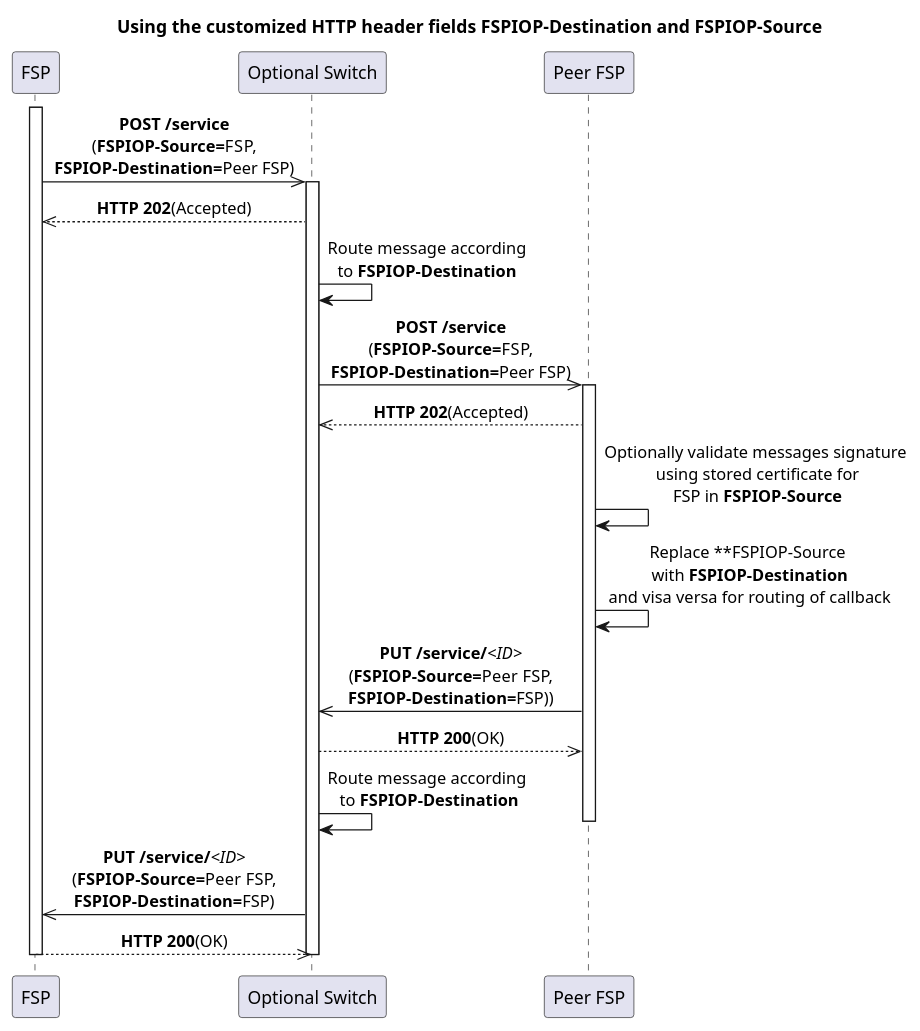
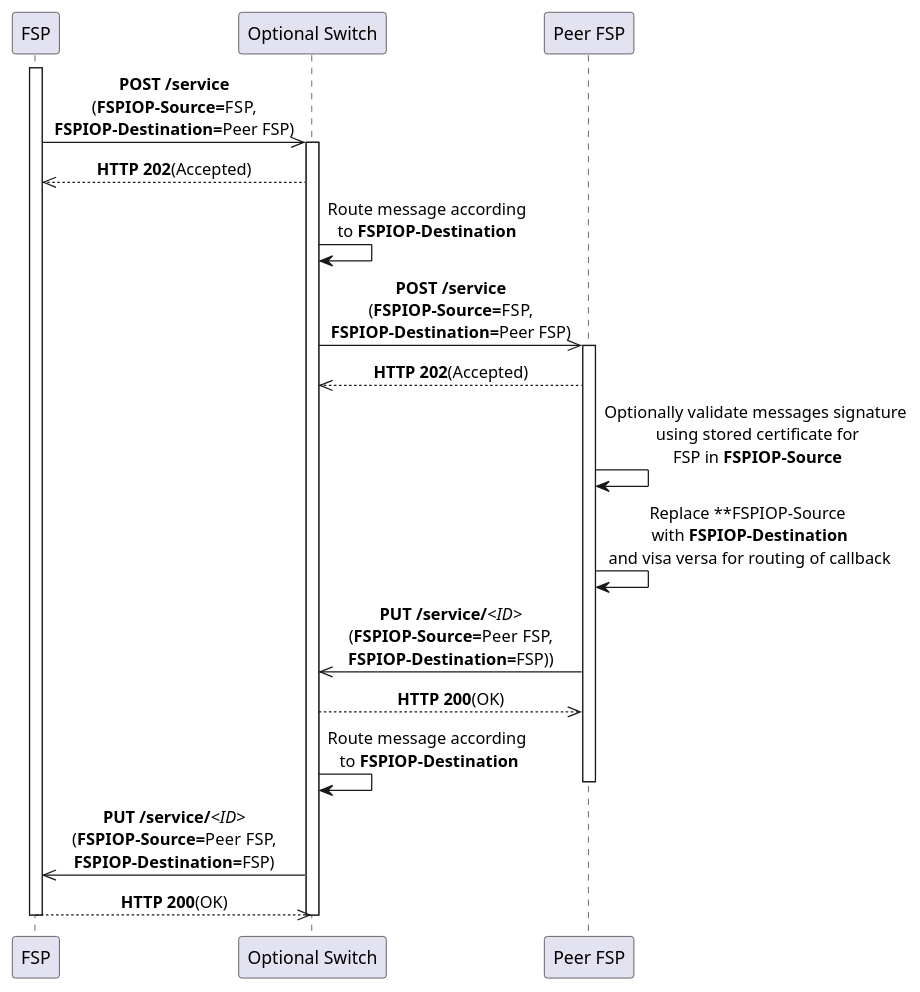
The diagram in assets/diagrams/sequence/figure4.plantuml (mojaloop/mojaloop-specification), drawn with PlantUML before and after one commit. The commit also changed 26 other files, not shown here.

Commit message:
Updates to .svg and .plantuml files.

```diff
--- a/assets/diagrams/sequence/figure4.plantuml
+++ b/assets/diagrams/sequence/figure4.plantuml
@@ -25,36 +25,36 @@
 @startuml
 ' declaring skinparam
 skinparam sequenceMessageAlign center
 
 ' declare title
-title Using the customized HTTP header fields FSPIOP-Destination and FSPIOP-Source
+' title Using the customized HTTP header fields FSPIOP-Destination and FSPIOP-Source
 
 ' Actor Keys:
 ' participant - FSP or Switch
 
 ' declare actors
 participant "FSP" as FSP
 participant "Optional Switch" as OPTSWITCH
 participant "Peer FSP" as PEERFSP
 
 ' start flow
 
 activate FSP
 FSP ->> OPTSWITCH: **POST /service**\n(**FSPIOP-Source=**FSP,\n**FSPIOP-Destination=**Peer FSP)
 activate OPTSWITCH
 FSP <<-- OPTSWITCH: **HTTP 202**(Accepted)
 OPTSWITCH -> OPTSWITCH: Route message according\nto **FSPIOP-Destination**
 OPTSWITCH ->> PEERFSP: **POST /service**\n(**FSPIOP-Source=**FSP,\n**FSPIOP-Destination=**Peer FSP)
 activate PEERFSP
 OPTSWITCH <<-- PEERFSP: **HTTP 202**(Accepted)
 PEERFSP -> PEERFSP: Optionally validate messages signature\n using stored certificate for\n FSP in **FSPIOP-Source**
 PEERFSP -> PEERFSP: Replace **FSPIOP-Source\n with **FSPIOP-Destination**\n and visa versa for routing of callback
 OPTSWITCH <<- PEERFSP: **PUT /service/**//<ID>//\n(**FSPIOP-Source=**Peer FSP,\n**FSPIOP-Destination=**FSP))
 OPTSWITCH -->> PEERFSP: **HTTP 200**(OK)
 OPTSWITCH -> OPTSWITCH: Route message according\n to **FSPIOP-Destination**
 deactivate PEERFSP
 FSP <<- OPTSWITCH: **PUT /service/**//<ID>//\n(**FSPIOP-Source=**Peer FSP,\n**FSPIOP-Destination=**FSP)
 FSP -->> OPTSWITCH: **HTTP 200**(OK)
 deactivate OPTSWITCH
 deactivate FSP
 @enduml
```
